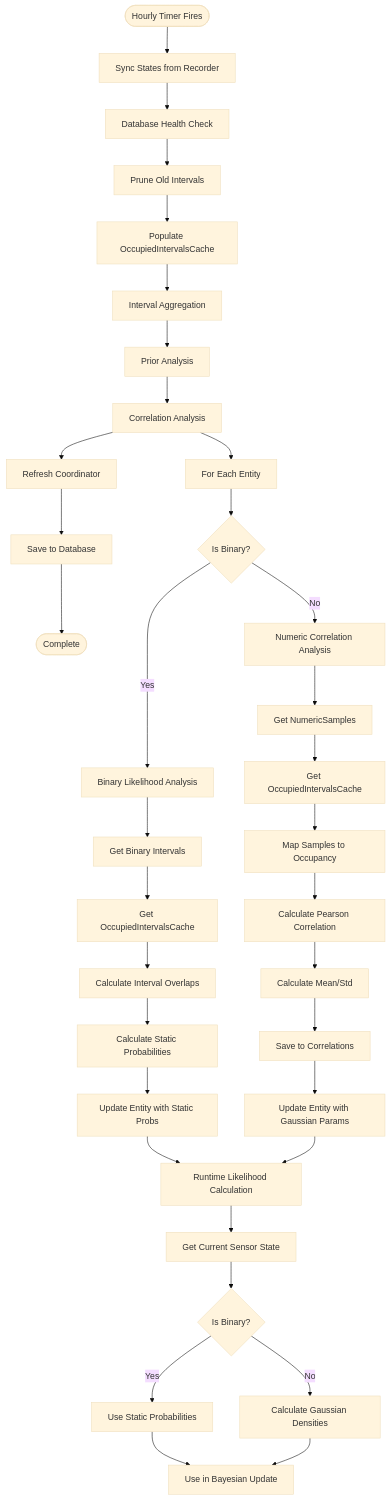
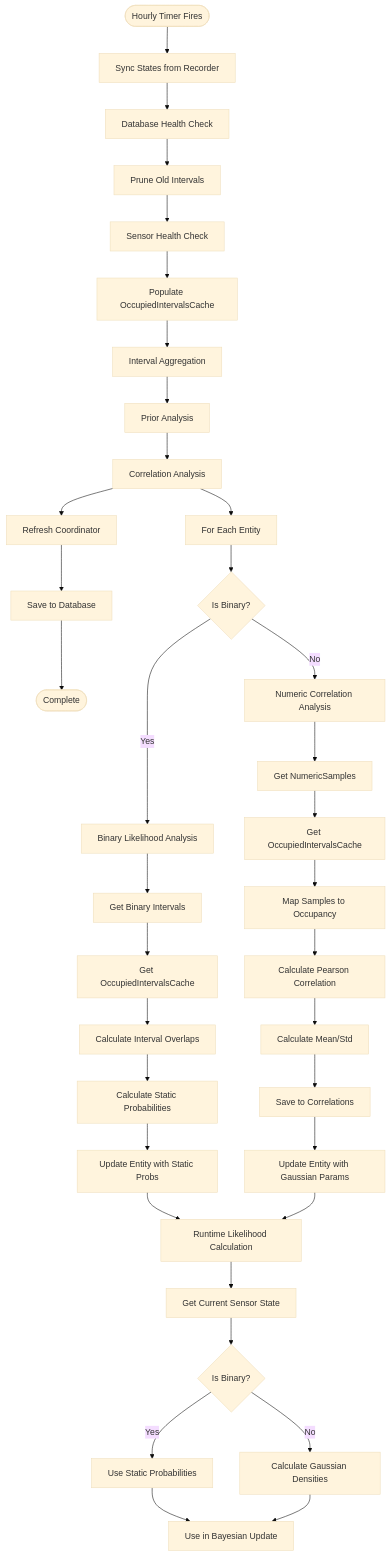
The diagram in docs/docs/technical/analysis-chain.md (Hankanman/Area-Occupancy-Detection), drawn with Mermaid (base theme) before and after one commit. The commit also changed 11 other files, not shown here.

First line of the commit message:
feat: Add sensor health monitoring with HA repairs integration (#429)

````diff
--- a/docs/docs/technical/analysis-chain.md
+++ b/docs/docs/technical/analysis-chain.md
@@ -23,42 +23,43 @@
 ```mermaid
 flowchart TD
     Start([Hourly Timer Fires]) --> Sync[Sync States from Recorder]
     Sync --> HealthCheck[Database Health Check]
     HealthCheck --> Prune[Prune Old Intervals]
-    Prune --> Cache[Populate OccupiedIntervalsCache]
+    Prune --> SensorHealth[Sensor Health Check]
+    SensorHealth --> Cache[Populate OccupiedIntervalsCache]
     Cache --> Aggregate[Interval Aggregation]
     Aggregate --> Prior[Prior Analysis]
     Prior --> CorrAnalysis[Correlation Analysis]
     CorrAnalysis --> Refresh[Refresh Coordinator]
     Refresh --> Save[Save to Database]
     Save --> End([Complete])
 
     CorrAnalysis --> SensorDetail[For Each Entity]
     SensorDetail --> CheckType{Is Binary?}
 
     CheckType -- Yes --> BinaryAnalysis[Binary Likelihood Analysis]
     CheckType -- No --> NumericAnalysis[Numeric Correlation Analysis]
 
     BinaryAnalysis --> GetBinaryIntervals[Get Binary Intervals]
     GetBinaryIntervals --> GetOccIntervals[Get OccupiedIntervalsCache]
     GetOccIntervals --> CalcOverlap[Calculate Interval Overlaps]
     CalcOverlap --> CalcProbs[Calculate Static Probabilities]
     CalcProbs --> UpdateBinary[Update Entity with Static Probs]
 
     NumericAnalysis --> GetSamples[Get NumericSamples]
     GetSamples --> GetOccIntervals2[Get OccupiedIntervalsCache]
     GetOccIntervals2 --> MapOccupancy[Map Samples to Occupancy]
     MapOccupancy --> CalcCorr[Calculate Pearson Correlation]
     CalcCorr --> CalcStats[Calculate Mean/Std]
     CalcStats --> SaveCorr[Save to Correlations]
     SaveCorr --> UpdateNumeric[Update Entity with Gaussian Params]
 
     UpdateBinary --> Runtime[Runtime Likelihood Calculation]
     UpdateNumeric --> Runtime
     Runtime --> GetState[Get Current Sensor State]
     GetState --> CheckType2{Is Binary?}
     CheckType2 -- Yes --> UseStatic[Use Static Probabilities]
     CheckType2 -- No --> CalcGaussian[Calculate Gaussian Densities]
     UseStatic --> Bayesian[Use in Bayesian Update]
     CalcGaussian --> Bayesian
 ```
````
